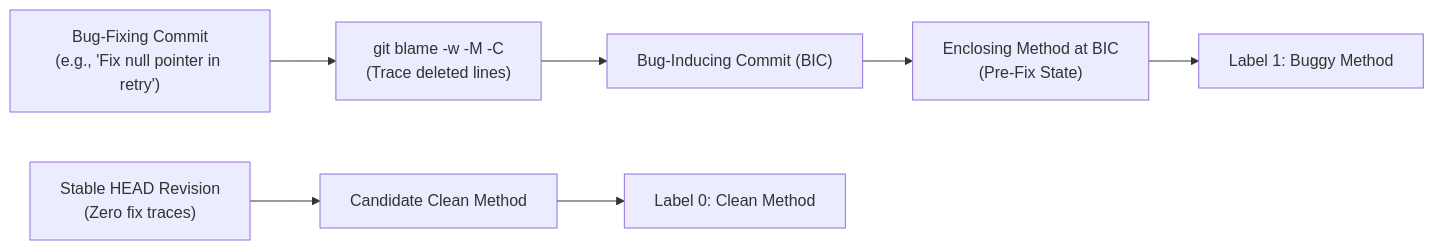
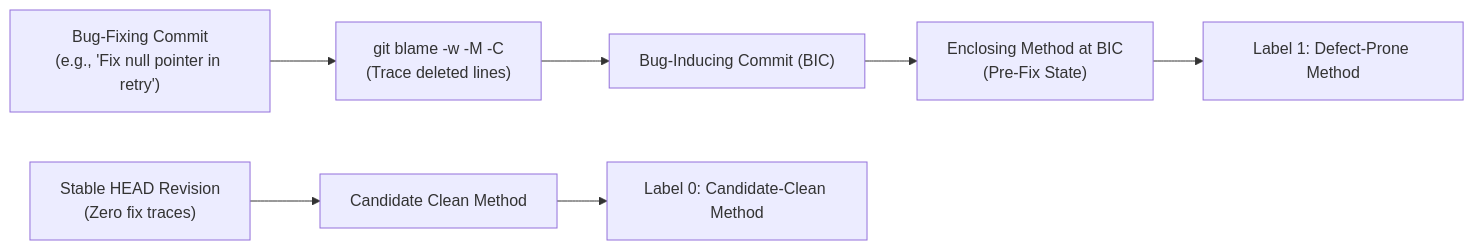
The diagram in Year2_Semester1_ComputationalIntelligenceSoftwareEngineering/CISE_Project2/6_Presentation/04_DatasetAndMethodology.md (BogdanCTU/Applied-Computational-Intelligence-UBB), drawn with Mermaid before and after one commit. The commit also changed other lines of this file and 41 other files, not shown here.

````diff
--- a/Year2_Semester1_ComputationalIntelligenceSoftwareEngineering/CISE_Project2/6_Presentation/04_DatasetAndMethodology.md
+++ b/Year2_Semester1_ComputationalIntelligenceSoftwareEngineering/CISE_Project2/6_Presentation/04_DatasetAndMethodology.md
@@ -23,10 +23,10 @@
 ```mermaid
 flowchart LR
     FixCommit["Bug-Fixing Commit<br/>(e.g., 'Fix null pointer in retry')"] --> Blame["git blame -w -M -C<br/>(Trace deleted lines)"]
     Blame --> BIC["Bug-Inducing Commit (BIC)"]
     BIC --> PreFix["Enclosing Method at BIC<br/>(Pre-Fix State)"]
-    PreFix --> Label1["Label 1: Buggy Method"]
+    PreFix --> Label1["Label 1: Defect-Prone Method"]
     
     HEAD["Stable HEAD Revision<br/>(Zero fix traces)"] --> Clean["Candidate Clean Method"]
-    Clean --> Label0["Label 0: Clean Method"]
+    Clean --> Label0["Label 0: Candidate-Clean Method"]
 ```
````
